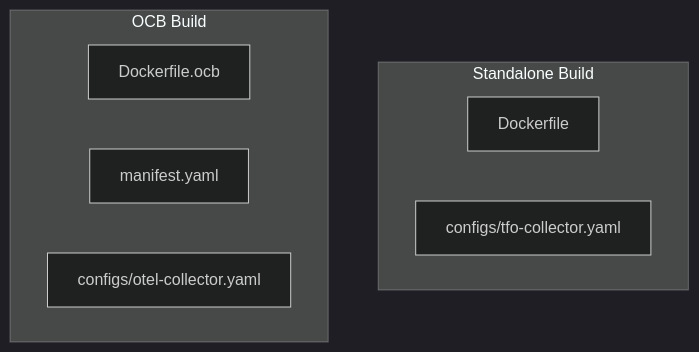
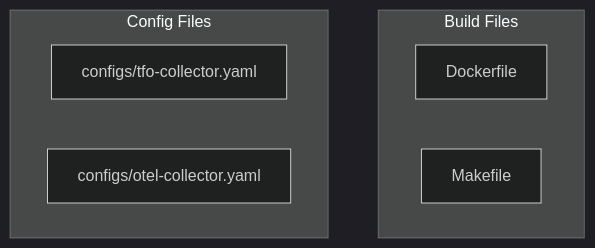
One commit to telemetryflow/telemetryflow-collector changed diagram 13 of 13 in docs/GITHUB-WORKFLOWS.md. Above: the diagram before and after it, drawn with Mermaid (dark theme). The commit also changed other lines of this file and 126 other files, not shown here.

Commit message:
Enhance TFO Collector (Native OCB) v1.1.2 integration & Rebuild Pipeline

````diff
--- a/docs/GITHUB-WORKFLOWS.md
+++ b/docs/GITHUB-WORKFLOWS.md
@@ -838,13 +461,12 @@
 ```mermaid
 flowchart TD
-    subgraph "Standalone Build"
-        DF1[Dockerfile]
-        CF1[configs/tfo-collector.yaml]
+    subgraph "Build Files"
+        DF[Dockerfile]
+        MF[Makefile]
     end
 
-    subgraph "OCB Build"
-        DF2[Dockerfile.ocb]
-        MF[manifest.yaml]
+    subgraph "Config Files"
+        CF1[configs/tfo-collector.yaml]
         CF2[configs/otel-collector.yaml]
     end
 ```
````
